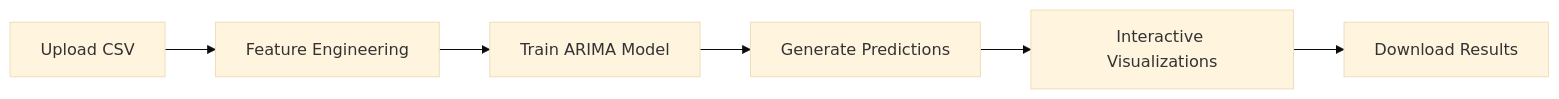
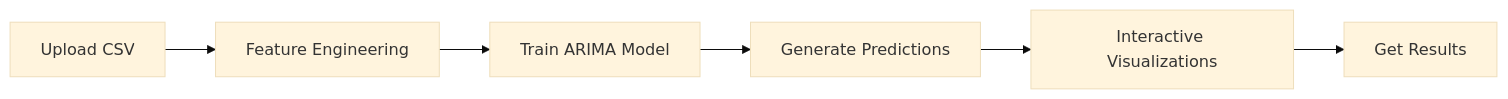
One commit to Rish0310/Stock_Price_Forecaster changed the diagram in README.md. Above: the diagram before and after it, drawn with Mermaid (base theme). The commit also changed other lines of this file, not shown here.

````diff
--- a/README.md
+++ b/README.md
@@ -47,8 +47,8 @@
 ```mermaid
 graph LR
     A[Upload CSV] --> B[Feature Engineering]
     B --> C[Train ARIMA Model]
     C --> D[Generate Predictions]
     D --> E[Interactive Visualizations]
-    E --> F[Download Results]
+    E --> F[Get Results]
 ```
````
